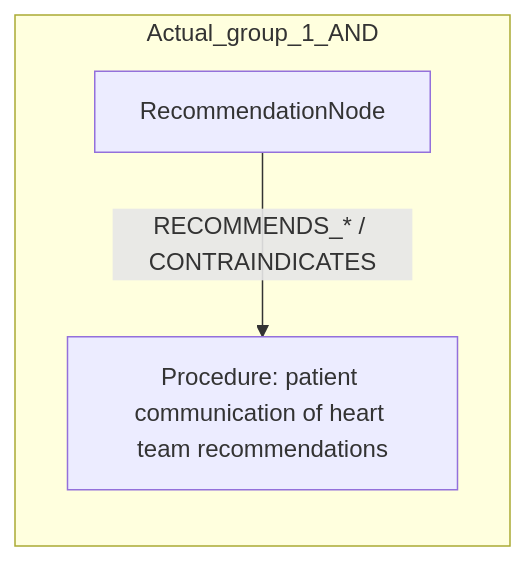
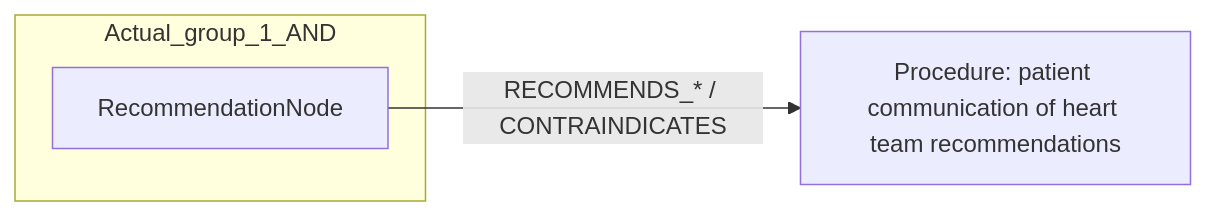
The second of 2 diagrams in docs/table22_rows/row_03.md (dieterich-lab/CardioGuidelinesGraph), drawn with Mermaid before and after one commit. The commit also changed other lines of this file and 18 other files, not shown here.

Commit message:
Update mermaid diagrams.

````diff
--- a/docs/table22_rows/row_03.md
+++ b/docs/table22_rows/row_03.md
@@ -119,9 +114,9 @@
 ```mermaid
 graph LR
+  REC[RecommendationNode]
+  ACT1[Procedure: patient communication of heart team recommendations]
+  REC -->|RECOMMENDS_* / CONTRAINDICATES| ACT1
   subgraph Actual_group_1_AND
-    REC[RecommendationNode]
     REC
-    ACT1[Procedure: patient communication of heart team recommendations]
-    REC -->|RECOMMENDS_* / CONTRAINDICATES| ACT1
   end
 ```
````
